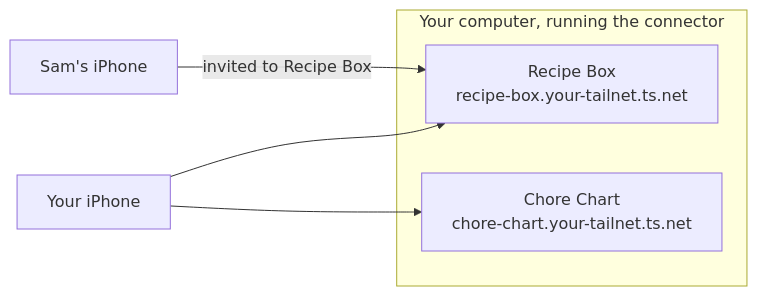
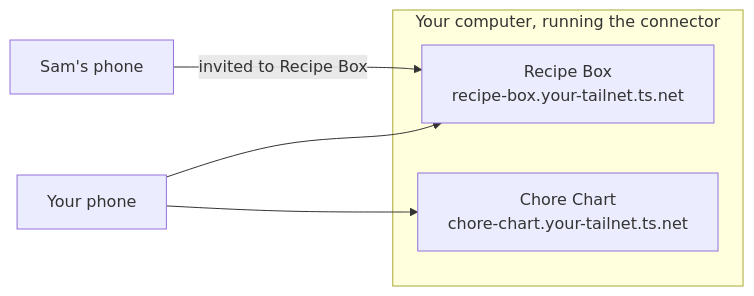
One commit to snowy-ghost/ovenlight changed the diagram in README.md. Above: the diagram before and after it, drawn with Mermaid. The commit also changed other lines of this file, not shown here.

````diff
--- a/README.md
+++ b/README.md
@@ -102,10 +103,10 @@
 ```mermaid
 %%{init: {"flowchart": {"wrappingWidth": 400}}}%%
 flowchart LR
-  you["Your iPhone"] --> rb & cc
-  sam["Sam's iPhone"] -- "invited to Recipe Box" --> rb
+  you["Your phone"] --> rb & cc
+  sam["Sam's phone"] -- "invited to Recipe Box" --> rb
   subgraph computer["Your computer, running the connector"]
     rb["Recipe Box<br>recipe-box.your-tailnet.ts.net"]
     cc["Chore Chart<br>chore-chart.your-tailnet.ts.net"]
   end
 ```
````
